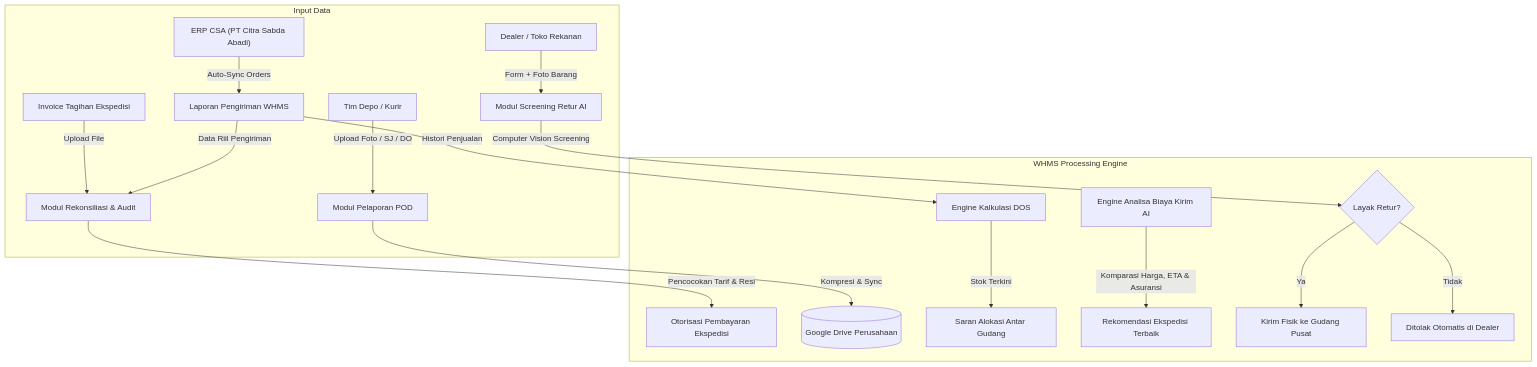
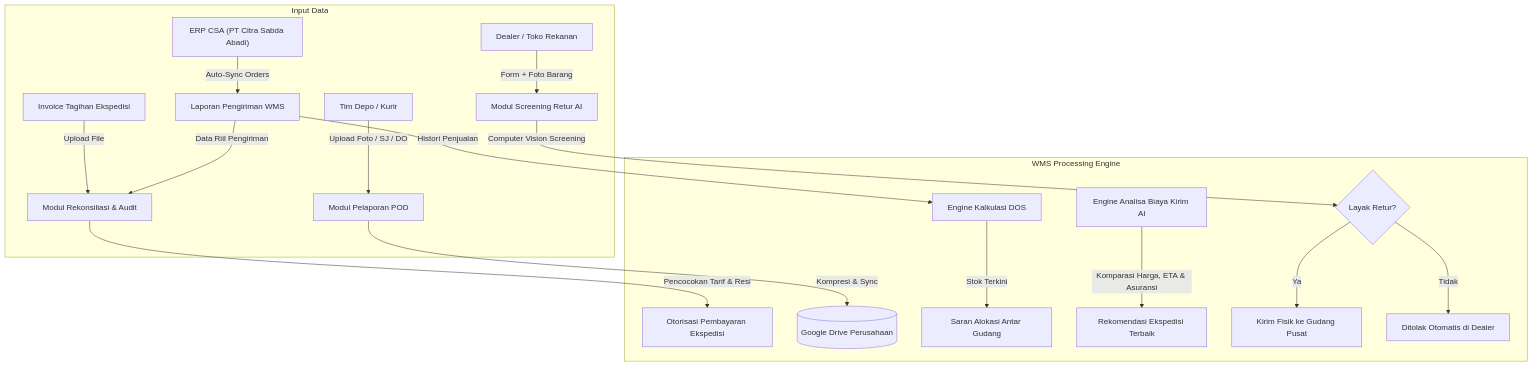
Before and after one commit to oceanspacedev/whms-web: the diagram in README.md, drawn with Mermaid. The commit also changed other lines of this file and 6 other files, not shown here.

Commit message:
refactor: rename WHMS identifiers and references to WMS

````diff
--- a/README.md
+++ b/README.md
@@ -171,25 +171,25 @@
 ```mermaid
 flowchart TD
     subgraph Input_Data ["Input Data"]
-        CSA["ERP CSA (PT Citra Sabda Abadi)"] -->|Auto-Sync Orders| WHMS_Log["Laporan Pengiriman WHMS"]
-        Exp_Inv["Invoice Tagihan Ekspedisi"] -->|Upload File| WHMS_Recon["Modul Rekonsiliasi & Audit"]
-        Gudang["Tim Depo / Kurir"] -->|Upload Foto / SJ / DO| WHMS_POD["Modul Pelaporan POD"]
-        Dealer["Dealer / Toko Rekanan"] -->|Form + Foto Barang| WHMS_RMA["Modul Screening Retur AI"]
+        CSA["ERP CSA (PT Citra Sabda Abadi)"] -->|Auto-Sync Orders| WMS_Log["Laporan Pengiriman WMS"]
+        Exp_Inv["Invoice Tagihan Ekspedisi"] -->|Upload File| WMS_Recon["Modul Rekonsiliasi & Audit"]
+        Gudang["Tim Depo / Kurir"] -->|Upload Foto / SJ / DO| WMS_POD["Modul Pelaporan POD"]
+        Dealer["Dealer / Toko Rekanan"] -->|Form + Foto Barang| WMS_RMA["Modul Screening Retur AI"]
     end
 
-    subgraph Processing_Engine ["WHMS Processing Engine"]
-        WHMS_Log -->|Data Riil Pengiriman| WHMS_Recon
-        WHMS_Recon -->|Pencocokan Tarif & Resi| Fin_Approval["Otorisasi Pembayaran Ekspedisi"]
+    subgraph Processing_Engine ["WMS Processing Engine"]
+        WMS_Log -->|Data Riil Pengiriman| WMS_Recon
+        WMS_Recon -->|Pencocokan Tarif & Resi| Fin_Approval["Otorisasi Pembayaran Ekspedisi"]
         
-        WHMS_POD -->|Kompresi & Sync| GDrive[("Google Drive Perusahaan")]
+        WMS_POD -->|Kompresi & Sync| GDrive[("Google Drive Perusahaan")]
         
-        WHMS_Log -->|Histori Penjualan| Stock_Engine["Engine Kalkulasi DOS"]
+        WMS_Log -->|Histori Penjualan| Stock_Engine["Engine Kalkulasi DOS"]
         Stock_Engine -->|Stok Terkini| Suggest_Transfer["Saran Alokasi Antar Gudang"]
         
         Rate_Engine["Engine Analisa Biaya Kirim AI"] -->|Komparasi Harga, ETA & Asuransi| Carrier_Choice["Rekomendasi Ekspedisi Terbaik"]
         
-        WHMS_RMA -->|Computer Vision Screening| RMA_Decision{"Layak Retur?"}
+        WMS_RMA -->|Computer Vision Screening| RMA_Decision{"Layak Retur?"}
         RMA_Decision -->|Ya| Allow_Ship["Kirim Fisik ke Gudang Pusat"]
         RMA_Decision -->|Tidak| Reject_Ship["Ditolak Otomatis di Dealer"]
     end
 ```
````
